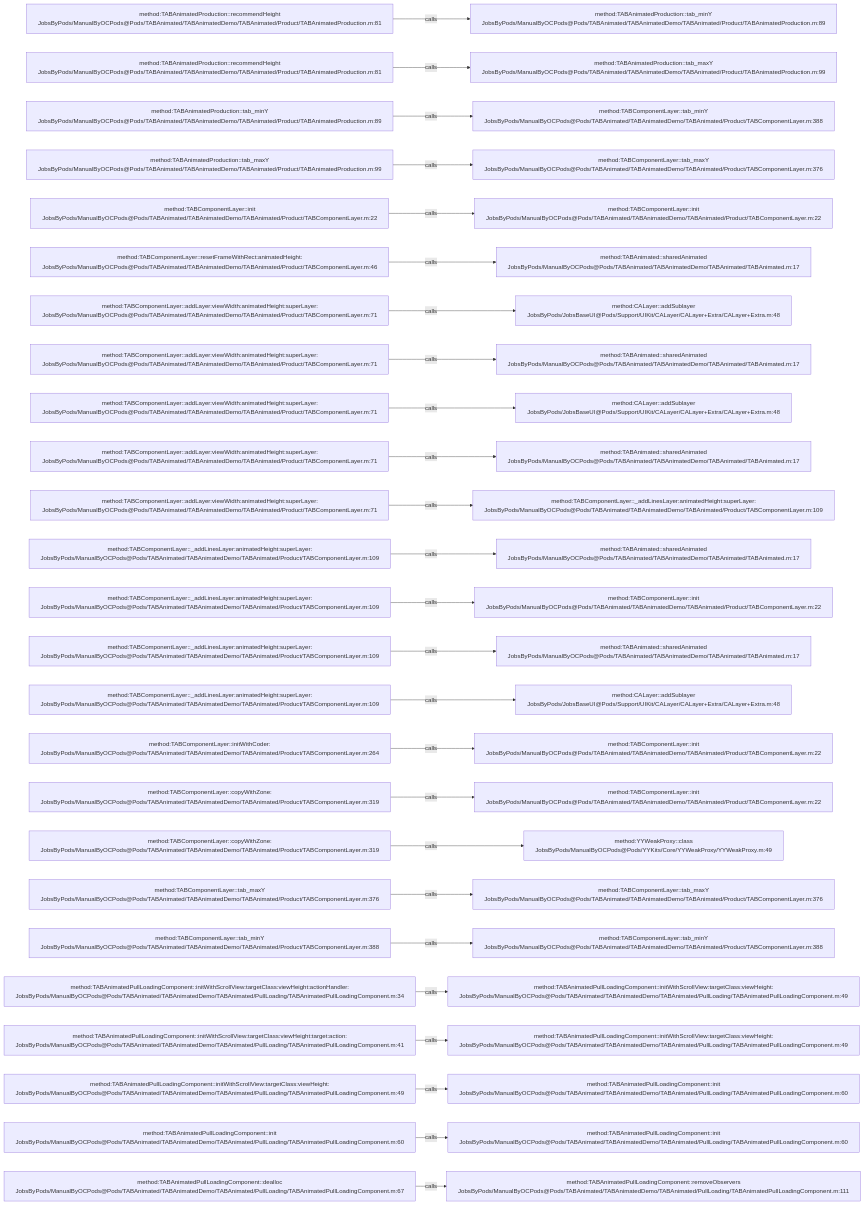
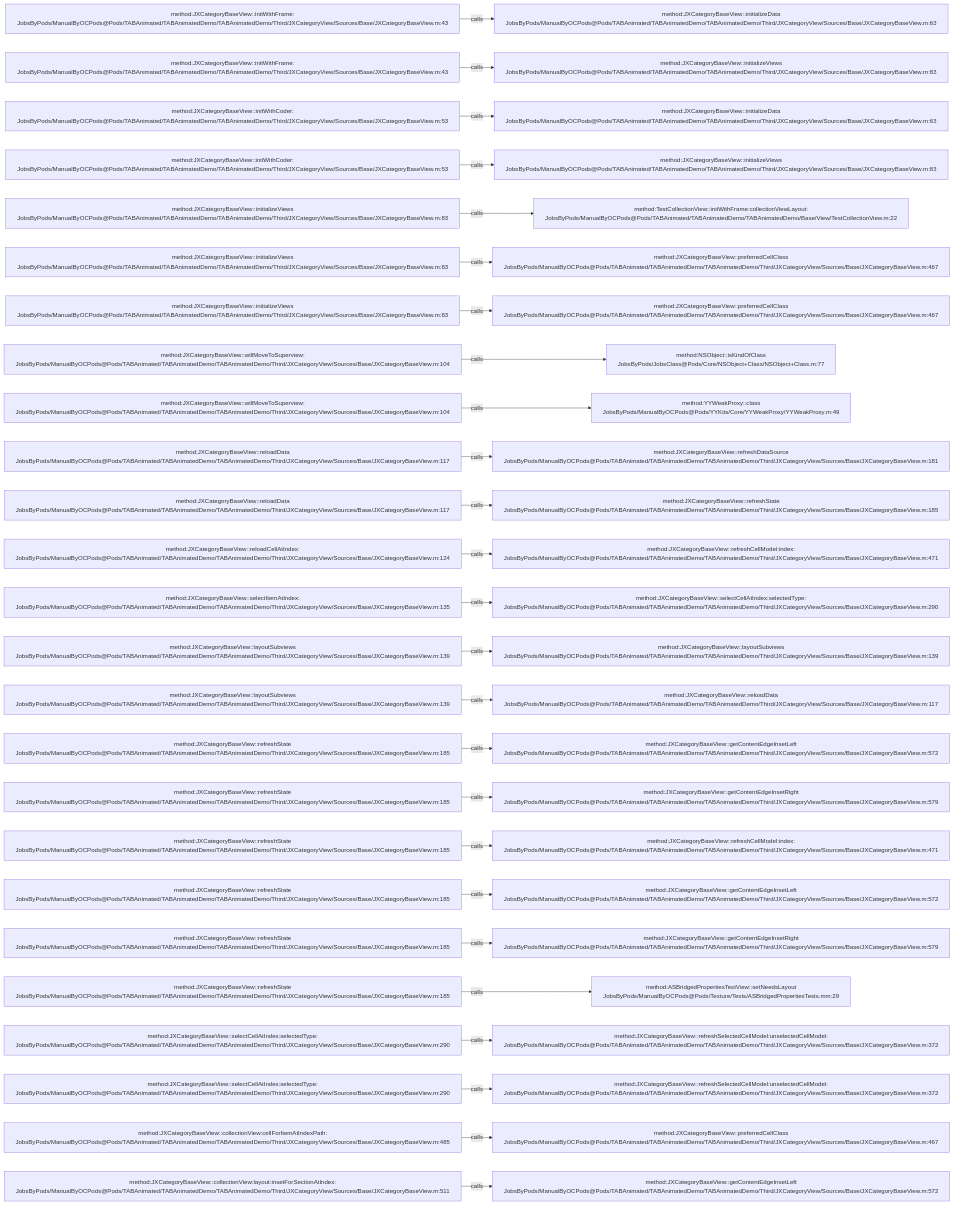
Before and after one commit to JobsKits/JobsOCBaseConfigDemo: the diagram in .codegraph/codegraph.md/graphs/calls-039.md, drawn with Mermaid. The commit also changed 1353 other files, not shown here.

````diff
--- a/.codegraph/codegraph.md/graphs/calls-039.md
+++ b/.codegraph/codegraph.md/graphs/calls-039.md
@@ -13,78 +13,78 @@
 ```mermaid
 flowchart LR
-  S1["method:TABAnimatedProduction::recommendHeight<br/>JobsByPods/ManualByOCPods@Pods/TABAnimated/TABAnimatedDemo/TABAnimated/Product/TABAnimatedProduction.m:81"]
-  T1["method:TABAnimatedProduction::tab_minY<br/>JobsByPods/ManualByOCPods@Pods/TABAnimated/TABAnimatedDemo/TABAnimated/Product/TABAnimatedProduction.m:89"]
+  S1["method:JXCategoryBaseView::initWithFrame:<br/>JobsByPods/ManualByOCPods@Pods/TABAnimated/TABAnimatedDemo/TABAnimatedDemo/Third/JXCategoryView/Sources/Base/JXCategoryBaseView.m:43"]
+  T1["method:JXCategoryBaseView::initializeData<br/>JobsByPods/ManualByOCPods@Pods/TABAnimated/TABAnimatedDemo/TABAnimatedDemo/Third/JXCategoryView/Sources/Base/JXCategoryBaseView.m:63"]
   S1 -->|calls| T1
-  S2["method:TABAnimatedProduction::recommendHeight<br/>JobsByPods/ManualByOCPods@Pods/TABAnimated/TABAnimatedDemo/TABAnimated/Product/TABAnimatedProduction.m:81"]
-  T2["method:TABAnimatedProduction::tab_maxY<br/>JobsByPods/ManualByOCPods@Pods/TABAnimated/TABAnimatedDemo/TABAnimated/Product/TABAnimatedProduction.m:99"]
+  S2["method:JXCategoryBaseView::initWithFrame:<br/>JobsByPods/ManualByOCPods@Pods/TABAnimated/TABAnimatedDemo/TABAnimatedDemo/Third/JXCategoryView/Sources/Base/JXCategoryBaseView.m:43"]
+  T2["method:JXCategoryBaseView::initializeViews<br/>JobsByPods/ManualByOCPods@Pods/TABAnimated/TABAnimatedDemo/TABAnimatedDemo/Third/JXCategoryView/Sources/Base/JXCategoryBaseView.m:83"]
   S2 -->|calls| T2
-  S3["method:TABAnimatedProduction::tab_minY<br/>JobsByPods/ManualByOCPods@Pods/TABAnimated/TABAnimatedDemo/TABAnimated/Product/TABAnimatedProduction.m:89"]
-  T3["method:TABComponentLayer::tab_minY<br/>JobsByPods/ManualByOCPods@Pods/TABAnimated/TABAnimatedDemo/TABAnimated/Product/TABComponentLayer.m:388"]
+  S3["method:JXCategoryBaseView::initWithCoder:<br/>JobsByPods/ManualByOCPods@Pods/TABAnimated/TABAnimatedDemo/TABAnimatedDemo/Third/JXCategoryView/Sources/Base/JXCategoryBaseView.m:53"]
+  T3["method:JXCategoryBaseView::initializeData<br/>JobsByPods/ManualByOCPods@Pods/TABAnimated/TABAnimatedDemo/TABAnimatedDemo/Third/JXCategoryView/Sources/Base/JXCategoryBaseView.m:63"]
   S3 -->|calls| T3
-  S4["method:TABAnimatedProduction::tab_maxY<br/>JobsByPods/ManualByOCPods@Pods/TABAnimated/TABAnimatedDemo/TABAnimated/Product/TABAnimatedProduction.m:99"]
-  T4["method:TABComponentLayer::tab_maxY<br/>JobsByPods/ManualByOCPods@Pods/TABAnimated/TABAnimatedDemo/TABAnimated/Product/TABComponentLayer.m:376"]
+  S4["method:JXCategoryBaseView::initWithCoder:<br/>JobsByPods/ManualByOCPods@Pods/TABAnimated/TABAnimatedDemo/TABAnimatedDemo/Third/JXCategoryView/Sources/Base/JXCategoryBaseView.m:53"]
+  T4["method:JXCategoryBaseView::initializeViews<br/>JobsByPods/ManualByOCPods@Pods/TABAnimated/TABAnimatedDemo/TABAnimatedDemo/Third/JXCategoryView/Sources/Base/JXCategoryBaseView.m:83"]
   S4 -->|calls| T4
-  S5["method:TABComponentLayer::init<br/>JobsByPods/ManualByOCPods@Pods/TABAnimated/TABAnimatedDemo/TABAnimated/Product/TABComponentLayer.m:22"]
-  T5["method:TABComponentLayer::init<br/>JobsByPods/ManualByOCPods@Pods/TABAnimated/TABAnimatedDemo/TABAnimated/Product/TABComponentLayer.m:22"]
+  S5["method:JXCategoryBaseView::initializeViews<br/>JobsByPods/ManualByOCPods@Pods/TABAnimated/TABAnimatedDemo/TABAnimatedDemo/Third/JXCategoryView/Sources/Base/JXCategoryBaseView.m:83"]
+  T5["method:TestCollectionView::initWithFrame:collectionViewLayout:<br/>JobsByPods/ManualByOCPods@Pods/TABAnimated/TABAnimatedDemo/TABAnimatedDemo/Base/View/TestCollectionView.m:22"]
   S5 -->|calls| T5
-  S6["method:TABComponentLayer::resetFrameWithRect:animatedHeight:<br/>JobsByPods/ManualByOCPods@Pods/TABAnimated/TABAnimatedDemo/TABAnimated/Product/TABComponentLayer.m:46"]
-  T6["method:TABAnimated::sharedAnimated<br/>JobsByPods/ManualByOCPods@Pods/TABAnimated/TABAnimatedDemo/TABAnimated/TABAnimated.m:17"]
+  S6["method:JXCategoryBaseView::initializeViews<br/>JobsByPods/ManualByOCPods@Pods/TABAnimated/TABAnimatedDemo/TABAnimatedDemo/Third/JXCategoryView/Sources/Base/JXCategoryBaseView.m:83"]
+  T6["method:JXCategoryBaseView::preferredCellClass<br/>JobsByPods/ManualByOCPods@Pods/TABAnimated/TABAnimatedDemo/TABAnimatedDemo/Third/JXCategoryView/Sources/Base/JXCategoryBaseView.m:467"]
   S6 -->|calls| T6
-  S7["method:TABComponentLayer::addLayer:viewWidth:animatedHeight:superLayer:<br/>JobsByPods/ManualByOCPods@Pods/TABAnimated/TABAnimatedDemo/TABAnimated/Product/TABComponentLayer.m:71"]
-  T7["method:CALayer::addSublayer<br/>JobsByPods/JobsBaseUI@Pods/Support/UIKit/CALayer/CALayer+Extra/CALayer+Extra.m:48"]
+  S7["method:JXCategoryBaseView::initializeViews<br/>JobsByPods/ManualByOCPods@Pods/TABAnimated/TABAnimatedDemo/TABAnimatedDemo/Third/JXCategoryView/Sources/Base/JXCategoryBaseView.m:83"]
+  T7["method:JXCategoryBaseView::preferredCellClass<br/>JobsByPods/ManualByOCPods@Pods/TABAnimated/TABAnimatedDemo/TABAnimatedDemo/Third/JXCategoryView/Sources/Base/JXCategoryBaseView.m:467"]
   S7 -->|calls| T7
-  S8["method:TABComponentLayer::addLayer:viewWidth:animatedHeight:superLayer:<br/>JobsByPods/ManualByOCPods@Pods/TABAnimated/TABAnimatedDemo/TABAnimated/Product/TABComponentLayer.m:71"]
-  T8["method:TABAnimated::sharedAnimated<br/>JobsByPods/ManualByOCPods@Pods/TABAnimated/TABAnimatedDemo/TABAnimated/TABAnimated.m:17"]
+  S8["method:JXCategoryBaseView::willMoveToSuperview:<br/>JobsByPods/ManualByOCPods@Pods/TABAnimated/TABAnimatedDemo/TABAnimatedDemo/Third/JXCategoryView/Sources/Base/JXCategoryBaseView.m:104"]
+  T8["method:NSObject::isKindOfClass<br/>JobsByPods/JobsClass@Pods/Core/NSObject+Class/NSObject+Class.m:77"]
   S8 -->|calls| T8
-  S9["method:TABComponentLayer::addLayer:viewWidth:animatedHeight:superLayer:<br/>JobsByPods/ManualByOCPods@Pods/TABAnimated/TABAnimatedDemo/TABAnimated/Product/TABComponentLayer.m:71"]
-  T9["method:CALayer::addSublayer<br/>JobsByPods/JobsBaseUI@Pods/Support/UIKit/CALayer/CALayer+Extra/CALayer+Extra.m:48"]
+  S9["method:JXCategoryBaseView::willMoveToSuperview:<br/>JobsByPods/ManualByOCPods@Pods/TABAnimated/TABAnimatedDemo/TABAnimatedDemo/Third/JXCategoryView/Sources/Base/JXCategoryBaseView.m:104"]
+  T9["method:YYWeakProxy::class<br/>JobsByPods/ManualByOCPods@Pods/YYKits/Core/YYWeakProxy/YYWeakProxy.m:49"]
   S9 -->|calls| T9
-  S10["method:TABComponentLayer::addLayer:viewWidth:animatedHeight:superLayer:<br/>JobsByPods/ManualByOCPods@Pods/TABAnimated/TABAnimatedDemo/TABAnimated/Product/TABComponentLayer.m:71"]
-  T10["method:TABAnimated::sharedAnimated<br/>JobsByPods/ManualByOCPods@Pods/TABAnimated/TABAnimatedDemo/TABAnimated/TABAnimated.m:17"]
+  S10["method:JXCategoryBaseView::reloadData<br/>JobsByPods/ManualByOCPods@Pods/TABAnimated/TABAnimatedDemo/TABAnimatedDemo/Third/JXCategoryView/Sources/Base/JXCategoryBaseView.m:117"]
+  T10["method:JXCategoryBaseView::refreshDataSource<br/>JobsByPods/ManualByOCPods@Pods/TABAnimated/TABAnimatedDemo/TABAnimatedDemo/Third/JXCategoryView/Sources/Base/JXCategoryBaseView.m:181"]
   S10 -->|calls| T10
-  S11["method:TABComponentLayer::addLayer:viewWidth:animatedHeight:superLayer:<br/>JobsByPods/ManualByOCPods@Pods/TABAnimated/TABAnimatedDemo/TABAnimated/Product/TABComponentLayer.m:71"]
-  T11["method:TABComponentLayer::_addLinesLayer:animatedHeight:superLayer:<br/>JobsByPods/ManualByOCPods@Pods/TABAnimated/TABAnimatedDemo/TABAnimated/Product/TABComponentLayer.m:109"]
+  S11["method:JXCategoryBaseView::reloadData<br/>JobsByPods/ManualByOCPods@Pods/TABAnimated/TABAnimatedDemo/TABAnimatedDemo/Third/JXCategoryView/Sources/Base/JXCategoryBaseView.m:117"]
+  T11["method:JXCategoryBaseView::refreshState<br/>JobsByPods/ManualByOCPods@Pods/TABAnimated/TABAnimatedDemo/TABAnimatedDemo/Third/JXCategoryView/Sources/Base/JXCategoryBaseView.m:185"]
   S11 -->|calls| T11
-  S12["method:TABComponentLayer::_addLinesLayer:animatedHeight:superLayer:<br/>JobsByPods/ManualByOCPods@Pods/TABAnimated/TABAnimatedDemo/TABAnimated/Product/TABComponentLayer.m:109"]
-  T12["method:TABAnimated::sharedAnimated<br/>JobsByPods/ManualByOCPods@Pods/TABAnimated/TABAnimatedDemo/TABAnimated/TABAnimated.m:17"]
+  S12["method:JXCategoryBaseView::reloadCellAtIndex:<br/>JobsByPods/ManualByOCPods@Pods/TABAnimated/TABAnimatedDemo/TABAnimatedDemo/Third/JXCategoryView/Sources/Base/JXCategoryBaseView.m:124"]
+  T12["method:JXCategoryBaseView::refreshCellModel:index:<br/>JobsByPods/ManualByOCPods@Pods/TABAnimated/TABAnimatedDemo/TABAnimatedDemo/Third/JXCategoryView/Sources/Base/JXCategoryBaseView.m:471"]
   S12 -->|calls| T12
-  S13["method:TABComponentLayer::_addLinesLayer:animatedHeight:superLayer:<br/>JobsByPods/ManualByOCPods@Pods/TABAnimated/TABAnimatedDemo/TABAnimated/Product/TABComponentLayer.m:109"]
-  T13["method:TABComponentLayer::init<br/>JobsByPods/ManualByOCPods@Pods/TABAnimated/TABAnimatedDemo/TABAnimated/Product/TABComponentLayer.m:22"]
+  S13["method:JXCategoryBaseView::selectItemAtIndex:<br/>JobsByPods/ManualByOCPods@Pods/TABAnimated/TABAnimatedDemo/TABAnimatedDemo/Third/JXCategoryView/Sources/Base/JXCategoryBaseView.m:135"]
+  T13["method:JXCategoryBaseView::selectCellAtIndex:selectedType:<br/>JobsByPods/ManualByOCPods@Pods/TABAnimated/TABAnimatedDemo/TABAnimatedDemo/Third/JXCategoryView/Sources/Base/JXCategoryBaseView.m:290"]
   S13 -->|calls| T13
-  S14["method:TABComponentLayer::_addLinesLayer:animatedHeight:superLayer:<br/>JobsByPods/ManualByOCPods@Pods/TABAnimated/TABAnimatedDemo/TABAnimated/Product/TABComponentLayer.m:109"]
-  T14["method:TABAnimated::sharedAnimated<br/>JobsByPods/ManualByOCPods@Pods/TABAnimated/TABAnimatedDemo/TABAnimated/TABAnimated.m:17"]
+  S14["method:JXCategoryBaseView::layoutSubviews<br/>JobsByPods/ManualByOCPods@Pods/TABAnimated/TABAnimatedDemo/TABAnimatedDemo/Third/JXCategoryView/Sources/Base/JXCategoryBaseView.m:139"]
+  T14["method:JXCategoryBaseView::layoutSubviews<br/>JobsByPods/ManualByOCPods@Pods/TABAnimated/TABAnimatedDemo/TABAnimatedDemo/Third/JXCategoryView/Sources/Base/JXCategoryBaseView.m:139"]
   S14 -->|calls| T14
-  S15["method:TABComponentLayer::_addLinesLayer:animatedHeight:superLayer:<br/>JobsByPods/ManualByOCPods@Pods/TABAnimated/TABAnimatedDemo/TABAnimated/Product/TABComponentLayer.m:109"]
-  T15["method:CALayer::addSublayer<br/>JobsByPods/JobsBaseUI@Pods/Support/UIKit/CALayer/CALayer+Extra/CALayer+Extra.m:48"]
+  S15["method:JXCategoryBaseView::layoutSubviews<br/>JobsByPods/ManualByOCPods@Pods/TABAnimated/TABAnimatedDemo/TABAnimatedDemo/Third/JXCategoryView/Sources/Base/JXCategoryBaseView.m:139"]
+  T15["method:JXCategoryBaseView::reloadData<br/>JobsByPods/ManualByOCPods@Pods/TABAnimated/TABAnimatedDemo/TABAnimatedDemo/Third/JXCategoryView/Sources/Base/JXCategoryBaseView.m:117"]
   S15 -->|calls| T15
-  S16["method:TABComponentLayer::initWithCoder:<br/>JobsByPods/ManualByOCPods@Pods/TABAnimated/TABAnimatedDemo/TABAnimated/Product/TABComponentLayer.m:264"]
-  T16["method:TABComponentLayer::init<br/>JobsByPods/ManualByOCPods@Pods/TABAnimated/TABAnimatedDemo/TABAnimated/Product/TABComponentLayer.m:22"]
+  S16["method:JXCategoryBaseView::refreshState<br/>JobsByPods/ManualByOCPods@Pods/TABAnimated/TABAnimatedDemo/TABAnimatedDemo/Third/JXCategoryView/Sources/Base/JXCategoryBaseView.m:185"]
+  T16["method:JXCategoryBaseView::getContentEdgeInsetLeft<br/>JobsByPods/ManualByOCPods@Pods/TABAnimated/TABAnimatedDemo/TABAnimatedDemo/Third/JXCategoryView/Sources/Base/JXCategoryBaseView.m:572"]
   S16 -->|calls| T16
-  S17["method:TABComponentLayer::copyWithZone:<br/>JobsByPods/ManualByOCPods@Pods/TABAnimated/TABAnimatedDemo/TABAnimated/Product/TABComponentLayer.m:319"]
-  T17["method:TABComponentLayer::init<br/>JobsByPods/ManualByOCPods@Pods/TABAnimated/TABAnimatedDemo/TABAnimated/Product/TABComponentLayer.m:22"]
+  S17["method:JXCategoryBaseView::refreshState<br/>JobsByPods/ManualByOCPods@Pods/TABAnimated/TABAnimatedDemo/TABAnimatedDemo/Third/JXCategoryView/Sources/Base/JXCategoryBaseView.m:185"]
+  T17["method:JXCategoryBaseView::getContentEdgeInsetRight<br/>JobsByPods/ManualByOCPods@Pods/TABAnimated/TABAnimatedDemo/TABAnimatedDemo/Third/JXCategoryView/Sources/Base/JXCategoryBaseView.m:579"]
   S17 -->|calls| T17
-  S18["method:TABComponentLayer::copyWithZone:<br/>JobsByPods/ManualByOCPods@Pods/TABAnimated/TABAnimatedDemo/TABAnimated/Product/TABComponentLayer.m:319"]
-  T18["method:YYWeakProxy::class<br/>JobsByPods/ManualByOCPods@Pods/YYKits/Core/YYWeakProxy/YYWeakProxy.m:49"]
+  S18["method:JXCategoryBaseView::refreshState<br/>JobsByPods/ManualByOCPods@Pods/TABAnimated/TABAnimatedDemo/TABAnimatedDemo/Third/JXCategoryView/Sources/Base/JXCategoryBaseView.m:185"]
+  T18["method:JXCategoryBaseView::refreshCellModel:index:<br/>JobsByPods/ManualByOCPods@Pods/TABAnimated/TABAnimatedDemo/TABAnimatedDemo/Third/JXCategoryView/Sources/Base/JXCategoryBaseView.m:471"]
   S18 -->|calls| T18
-  S19["method:TABComponentLayer::tab_maxY<br/>JobsByPods/ManualByOCPods@Pods/TABAnimated/TABAnimatedDemo/TABAnimated/Product/TABComponentLayer.m:376"]
-  T19["method:TABComponentLayer::tab_maxY<br/>JobsByPods/ManualByOCPods@Pods/TABAnimated/TABAnimatedDemo/TABAnimated/Product/TABComponentLayer.m:376"]
+  S19["method:JXCategoryBaseView::refreshState<br/>JobsByPods/ManualByOCPods@Pods/TABAnimated/TABAnimatedDemo/TABAnimatedDemo/Third/JXCategoryView/Sources/Base/JXCategoryBaseView.m:185"]
+  T19["method:JXCategoryBaseView::getContentEdgeInsetLeft<br/>JobsByPods/ManualByOCPods@Pods/TABAnimated/TABAnimatedDemo/TABAnimatedDemo/Third/JXCategoryView/Sources/Base/JXCategoryBaseView.m:572"]
   S19 -->|calls| T19
-  S20["method:TABComponentLayer::tab_minY<br/>JobsByPods/ManualByOCPods@Pods/TABAnimated/TABAnimatedDemo/TABAnimated/Product/TABComponentLayer.m:388"]
-  T20["method:TABComponentLayer::tab_minY<br/>JobsByPods/ManualByOCPods@Pods/TABAnimated/TABAnimatedDemo/TABAnimated/Product/TABComponentLayer.m:388"]
+  S20["method:JXCategoryBaseView::refreshState<br/>JobsByPods/ManualByOCPods@Pods/TABAnimated/TABAnimatedDemo/TABAnimatedDemo/Third/JXCategoryView/Sources/Base/JXCategoryBaseView.m:185"]
+  T20["method:JXCategoryBaseView::getContentEdgeInsetRight<br/>JobsByPods/ManualByOCPods@Pods/TABAnimated/TABAnimatedDemo/TABAnimatedDemo/Third/JXCategoryView/Sources/Base/JXCategoryBaseView.m:579"]
   S20 -->|calls| T20
-  S21["method:TABAnimatedPullLoadingComponent::initWithScrollView:targetClass:viewHeight:actionHandler:<br/>JobsByPods/ManualByOCPods@Pods/TABAnimated/TABAnimatedDemo/TABAnimated/PullLoading/TABAnimatedPullLoadingComponent.m:34"]
-  T21["method:TABAnimatedPullLoadingComponent::initWithScrollView:targetClass:viewHeight:<br/>JobsByPods/ManualByOCPods@Pods/TABAnimated/TABAnimatedDemo/TABAnimated/PullLoading/TABAnimatedPullLoadingComponent.m:49"]
+  S21["method:JXCategoryBaseView::refreshState<br/>JobsByPods/ManualByOCPods@Pods/TABAnimated/TABAnimatedDemo/TABAnimatedDemo/Third/JXCategoryView/Sources/Base/JXCategoryBaseView.m:185"]
+  T21["method:ASBridgedPropertiesTestView::setNeedsLayout<br/>JobsByPods/ManualByOCPods@Pods/Texture/Tests/ASBridgedPropertiesTests.mm:29"]
   S21 -->|calls| T21
-  S22["method:TABAnimatedPullLoadingComponent::initWithScrollView:targetClass:viewHeight:target:action:<br/>JobsByPods/ManualByOCPods@Pods/TABAnimated/TABAnimatedDemo/TABAnimated/PullLoading/TABAnimatedPullLoadingComponent.m:41"]
-  T22["method:TABAnimatedPullLoadingComponent::initWithScrollView:targetClass:viewHeight:<br/>JobsByPods/ManualByOCPods@Pods/TABAnimated/TABAnimatedDemo/TABAnimated/PullLoading/TABAnimatedPullLoadingComponent.m:49"]
+  S22["method:JXCategoryBaseView::selectCellAtIndex:selectedType:<br/>JobsByPods/ManualByOCPods@Pods/TABAnimated/TABAnimatedDemo/TABAnimatedDemo/Third/JXCategoryView/Sources/Base/JXCategoryBaseView.m:290"]
+  T22["method:JXCategoryBaseView::refreshSelectedCellModel:unselectedCellModel:<br/>JobsByPods/ManualByOCPods@Pods/TABAnimated/TABAnimatedDemo/TABAnimatedDemo/Third/JXCategoryView/Sources/Base/JXCategoryBaseView.m:372"]
   S22 -->|calls| T22
-  S23["method:TABAnimatedPullLoadingComponent::initWithScrollView:targetClass:viewHeight:<br/>JobsByPods/ManualByOCPods@Pods/TABAnimated/TABAnimatedDemo/TABAnimated/PullLoading/TABAnimatedPullLoadingComponent.m:49"]
-  T23["method:TABAnimatedPullLoadingComponent::init<br/>JobsByPods/ManualByOCPods@Pods/TABAnimated/TABAnimatedDemo/TABAnimated/PullLoading/TABAnimatedPullLoadingComponent.m:60"]
+  S23["method:JXCategoryBaseView::selectCellAtIndex:selectedType:<br/>JobsByPods/ManualByOCPods@Pods/TABAnimated/TABAnimatedDemo/TABAnimatedDemo/Third/JXCategoryView/Sources/Base/JXCategoryBaseView.m:290"]
+  T23["method:JXCategoryBaseView::refreshSelectedCellModel:unselectedCellModel:<br/>JobsByPods/ManualByOCPods@Pods/TABAnimated/TABAnimatedDemo/TABAnimatedDemo/Third/JXCategoryView/Sources/Base/JXCategoryBaseView.m:372"]
   S23 -->|calls| T23
-  S24["method:TABAnimatedPullLoadingComponent::init<br/>JobsByPods/ManualByOCPods@Pods/TABAnimated/TABAnimatedDemo/TABAnimated/PullLoading/TABAnimatedPullLoadingComponent.m:60"]
-  T24["method:TABAnimatedPullLoadingComponent::init<br/>JobsByPods/ManualByOCPods@Pods/TABAnimated/TABAnimatedDemo/TABAnimated/PullLoading/TABAnimatedPullLoadingComponent.m:60"]
+  S24["method:JXCategoryBaseView::collectionView:cellForItemAtIndexPath:<br/>JobsByPods/ManualByOCPods@Pods/TABAnimated/TABAnimatedDemo/TABAnimatedDemo/Third/JXCategoryView/Sources/Base/JXCategoryBaseView.m:485"]
+  T24["method:JXCategoryBaseView::preferredCellClass<br/>JobsByPods/ManualByOCPods@Pods/TABAnimated/TABAnimatedDemo/TABAnimatedDemo/Third/JXCategoryView/Sources/Base/JXCategoryBaseView.m:467"]
   S24 -->|calls| T24
-  S25["method:TABAnimatedPullLoadingComponent::dealloc<br/>JobsByPods/ManualByOCPods@Pods/TABAnimated/TABAnimatedDemo/TABAnimated/PullLoading/TABAnimatedPullLoadingComponent.m:67"]
-  T25["method:TABAnimatedPullLoadingComponent::removeObservers<br/>JobsByPods/ManualByOCPods@Pods/TABAnimated/TABAnimatedDemo/TABAnimated/PullLoading/TABAnimatedPullLoadingComponent.m:111"]
+  S25["method:JXCategoryBaseView::collectionView:layout:insetForSectionAtIndex:<br/>JobsByPods/ManualByOCPods@Pods/TABAnimated/TABAnimatedDemo/TABAnimatedDemo/Third/JXCategoryView/Sources/Base/JXCategoryBaseView.m:511"]
+  T25["method:JXCategoryBaseView::getContentEdgeInsetLeft<br/>JobsByPods/ManualByOCPods@Pods/TABAnimated/TABAnimatedDemo/TABAnimatedDemo/Third/JXCategoryView/Sources/Base/JXCategoryBaseView.m:572"]
   S25 -->|calls| T25
 ```
````
